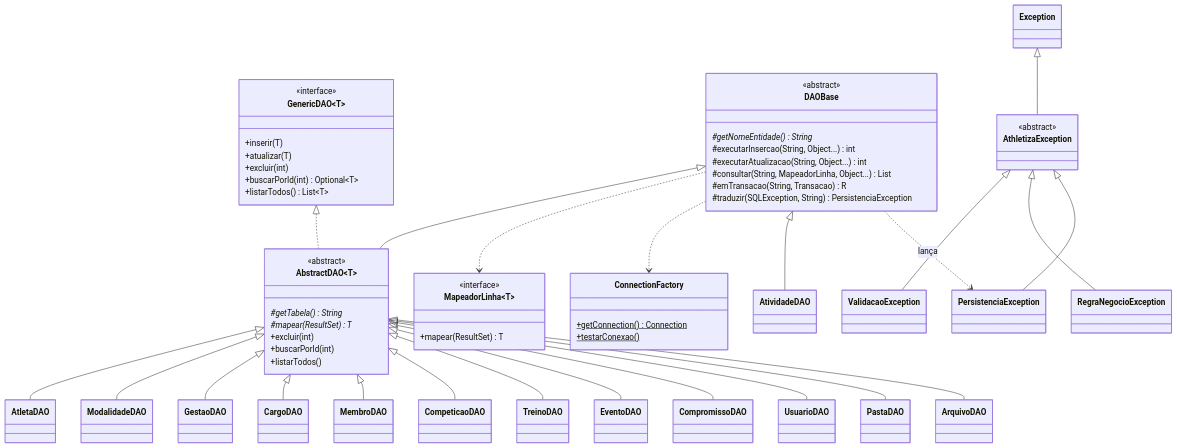
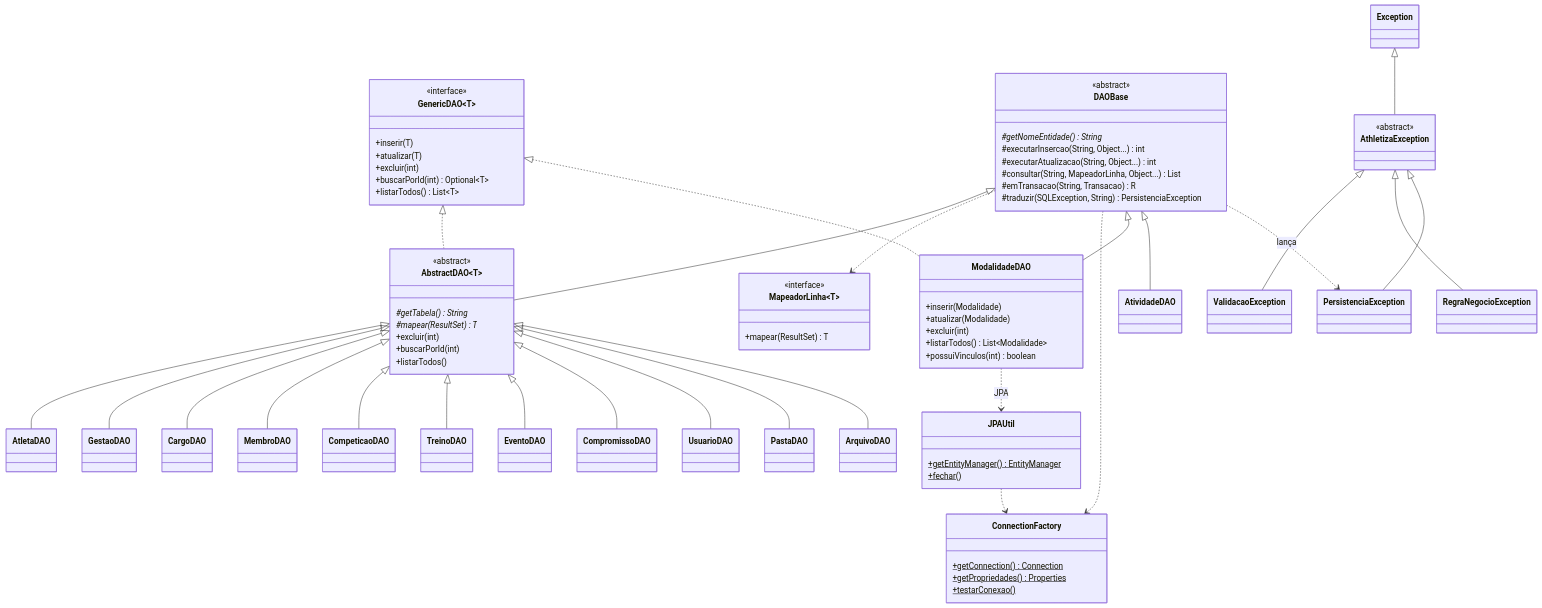
One commit to mheloisawitt/Athletiza changed the second of 3 diagrams in docs/diagramas/classes.md. Above: the diagram before and after it, drawn with Mermaid. The commit also changed other lines of this file and 32 other files, not shown here.

Commit message:
Adiciona JPA no cadastro de modalidades, diagramas de colaboração e documentação atualizada

````diff
--- a/docs/diagramas/classes.md
+++ b/docs/diagramas/classes.md
@@ -192,65 +192,80 @@
 ```mermaid
 classDiagram
     direction TB
 
     class GenericDAO~T~ {
         <<interface>>
         +inserir(T)
         +atualizar(T)
         +excluir(int)
         +buscarPorId(int) Optional~T~
         +listarTodos() List~T~
     }
     class MapeadorLinha~T~ {
         <<interface>>
         +mapear(ResultSet) T
     }
     class DAOBase {
         <<abstract>>
         #getNomeEntidade()* String
         #executarInsercao(String, Object...) int
         #executarAtualizacao(String, Object...) int
         #consultar(String, MapeadorLinha, Object...) List
         #emTransacao(String, Transacao) R
         #traduzir(SQLException, String) PersistenciaException
     }
     class AbstractDAO~T~ {
         <<abstract>>
         #getTabela()* String
         #mapear(ResultSet)* T
         +excluir(int)
         +buscarPorId(int)
         +listarTodos()
     }
     class ConnectionFactory {
         +getConnection()$ Connection
+        +getPropriedades()$ Properties
         +testarConexao()$
+    }
+    class JPAUtil {
+        +getEntityManager()$ EntityManager
+        +fechar()$
+    }
+    class ModalidadeDAO {
+        +inserir(Modalidade)
+        +atualizar(Modalidade)
+        +excluir(int)
+        +listarTodos() List~Modalidade~
+        +possuiVinculos(int) boolean
     }
 
     GenericDAO <|.. AbstractDAO
     DAOBase <|-- AbstractDAO
     DAOBase ..> MapeadorLinha
     DAOBase ..> ConnectionFactory
     AbstractDAO <|-- AtletaDAO
-    AbstractDAO <|-- ModalidadeDAO
+    DAOBase <|-- ModalidadeDAO
+    GenericDAO <|.. ModalidadeDAO
+    ModalidadeDAO ..> JPAUtil : JPA
+    JPAUtil ..> ConnectionFactory
     AbstractDAO <|-- GestaoDAO
     AbstractDAO <|-- CargoDAO
     AbstractDAO <|-- MembroDAO
     AbstractDAO <|-- CompeticaoDAO
     AbstractDAO <|-- TreinoDAO
     AbstractDAO <|-- EventoDAO
     AbstractDAO <|-- CompromissoDAO
     AbstractDAO <|-- UsuarioDAO
     AbstractDAO <|-- PastaDAO
     AbstractDAO <|-- ArquivoDAO
     DAOBase <|-- AtividadeDAO
 
     class AthletizaException {
         <<abstract>>
     }
     Exception <|-- AthletizaException
     AthletizaException <|-- ValidacaoException
     AthletizaException <|-- RegraNegocioException
     AthletizaException <|-- PersistenciaException
     DAOBase ..> PersistenciaException : lança
 ```
````
